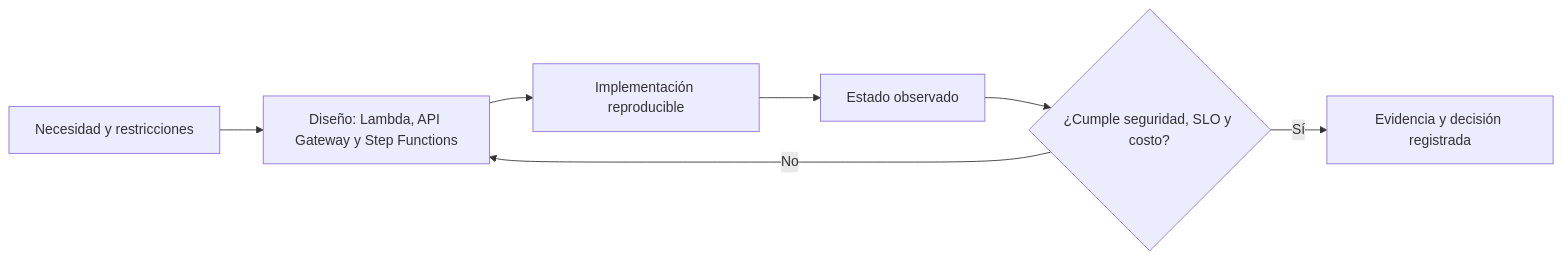
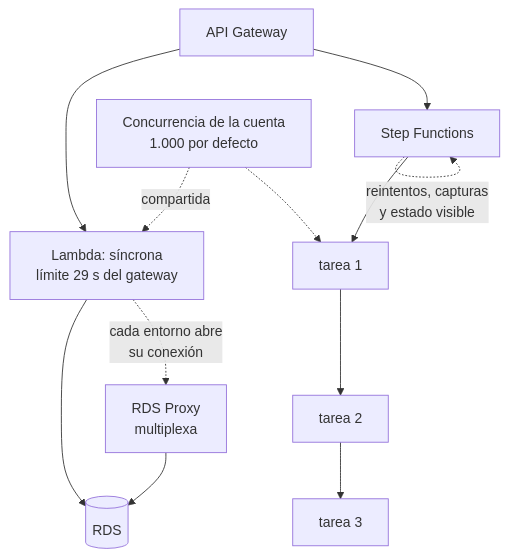
Before and after one commit to vladimiracunadev-create/multi-cloud-engineering-program: the diagram in classes/part-02-aws-core-platform/032-lambda-api-gateway-y-step-functions/README.md, drawn with Mermaid. The commit also changed other lines of this file and 32 other files, not shown here.

````diff
--- a/classes/part-02-aws-core-platform/032-lambda-api-gateway-y-step-functions/README.md
+++ b/classes/part-02-aws-core-platform/032-lambda-api-gateway-y-step-functions/README.md
@@ -47,9 +44,12 @@
 ```mermaid
-flowchart LR
-    A["Necesidad y restricciones"] --> B["Diseño: Lambda, API Gateway y Step Functions"]
-    B --> C["Implementación reproducible"]
-    C --> D["Estado observado"]
-    D --> E{"¿Cumple seguridad, SLO y costo?"}
-    E -- "No" --> B
-    E -- "Sí" --> F["Evidencia y decisión registrada"]
+flowchart TB
+    API["API Gateway"] --> L1["Lambda: síncrona<br/>límite 29 s del gateway"]
+    API --> SF["Step Functions"]
+    SF --> L2["tarea 1"] --> L3["tarea 2"] --> L4["tarea 3"]
+    SF -.->|"reintentos, capturas<br/>y estado visible"| SF
+    L1 --> RDS[("RDS")]
+    L1 -.->|"cada entorno abre\nsu conexión"| P["RDS Proxy<br/>multiplexa"]
+    P --> RDS
+    C["Concurrencia de la cuenta<br/>1.000 por defecto"] -.->|"compartida"| L1
+    C -.-> L2
 ```
````
